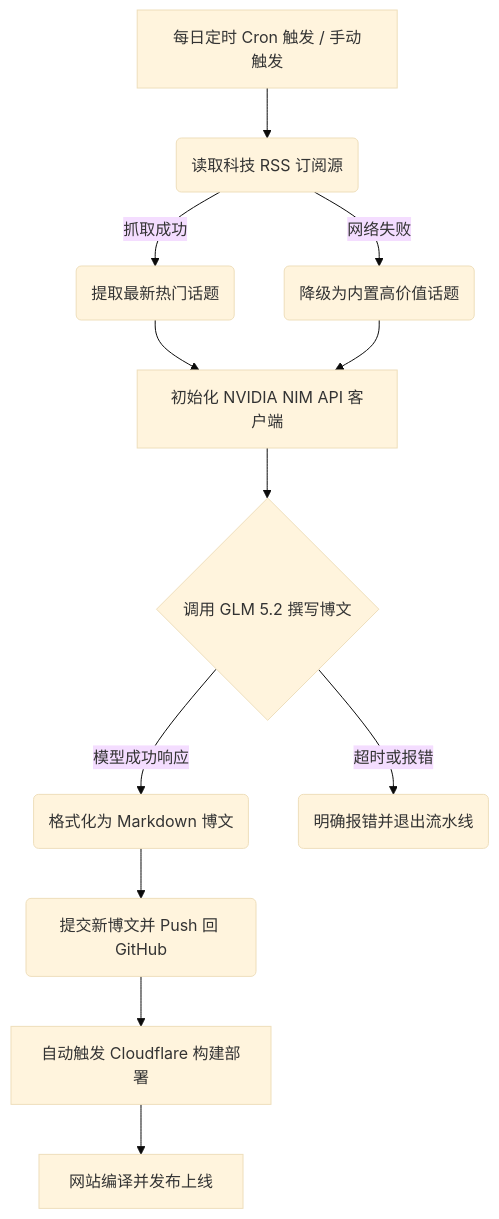
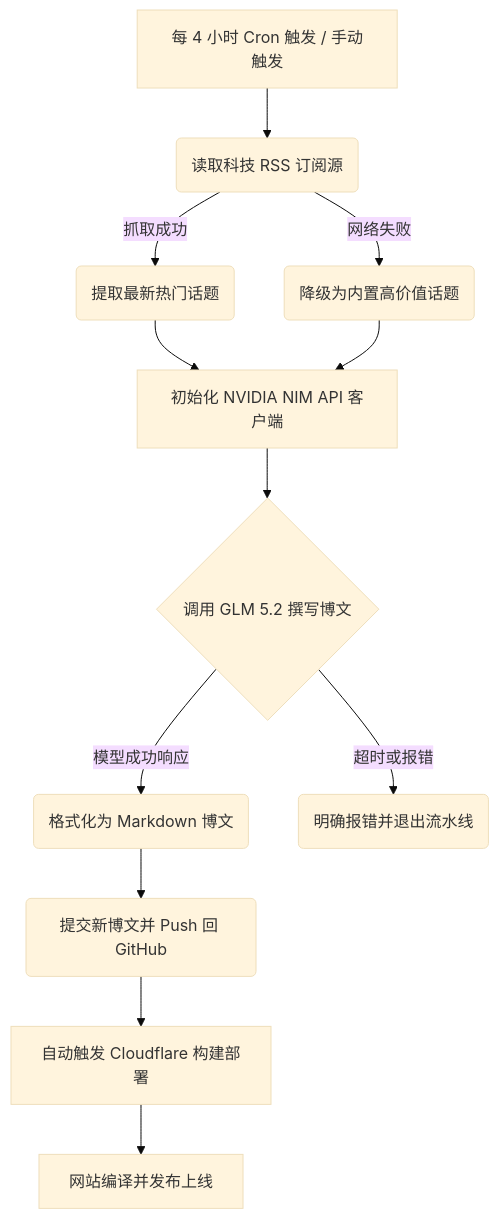
Before and after one commit to 3y3y3y-huaiji/hugo-blog-loveit-theme: the diagram in README.md, drawn with Mermaid (base theme). The commit also changed other lines of this file and 14 other files, not shown here.

````diff
--- a/README.md
+++ b/README.md
@@ -56,13 +56,13 @@
 ```mermaid
 graph TD
-    A[每日定时 Cron 触发 / 手动触发] --> B(读取科技 RSS 订阅源)
+    A[每 4 小时 Cron 触发 / 手动触发] --> B(读取科技 RSS 订阅源)
     B -->|抓取成功| C(提取最新热门话题)
     B -->|网络失败| D(降级为内置高价值话题)
     C & D --> E[初始化 NVIDIA NIM API 客户端]
     E --> F{调用 GLM 5.2 撰写博文}
     F -->|模型成功响应| H(格式化为 Markdown 博文)
     F -->|超时或报错| Z(明确报错并退出流水线)
     H --> I(提交新博文并 Push 回 GitHub)
     I --> J[自动触发 Cloudflare 构建部署]
     J --> K[网站编译并发布上线]
 ```
````
